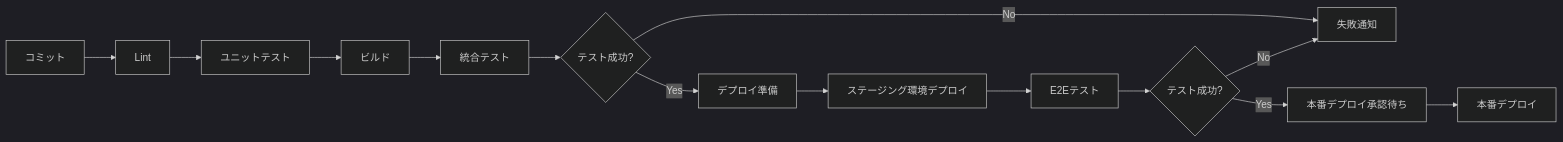
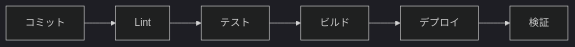
The seventh of 7 diagrams in docs/基本設計/基本設計書.md (Moriita/Documents), drawn with Mermaid (dark theme) before and after one commit. The commit also changed other lines of this file and 1 other file, not shown here.

````diff
--- a/docs/基本設計/基本設計書.md
+++ b/docs/基本設計/基本設計書.md
@@ -803,16 +874,8 @@
 ```mermaid
 graph LR
-    A[コミット] --> B[Lint]
-    B --> C[ユニットテスト]
-    C --> D[ビルド]
-    D --> E[統合テスト]
-    E --> F{テスト成功?}
-    F -->|Yes| G[デプロイ準備]
-    F -->|No| H[失敗通知]
-    G --> I[ステージング環境デプロイ]
-    I --> J[E2Eテスト]
-    J --> K{テスト成功?}
-    K -->|Yes| L[本番デプロイ承認待ち]
-    K -->|No| H
-    L --> M[本番デプロイ]
+    Commit[コミット] --> Lint[Lint]
+    Lint --> Test[テスト]
+    Test --> Build[ビルド]
+    Build --> Deploy[デプロイ]
+    Deploy --> Verify[検証]
 ```
````
